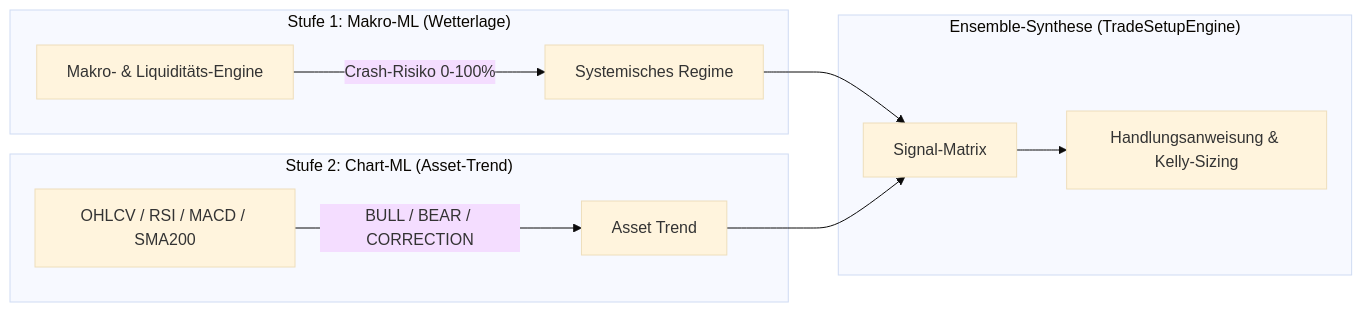
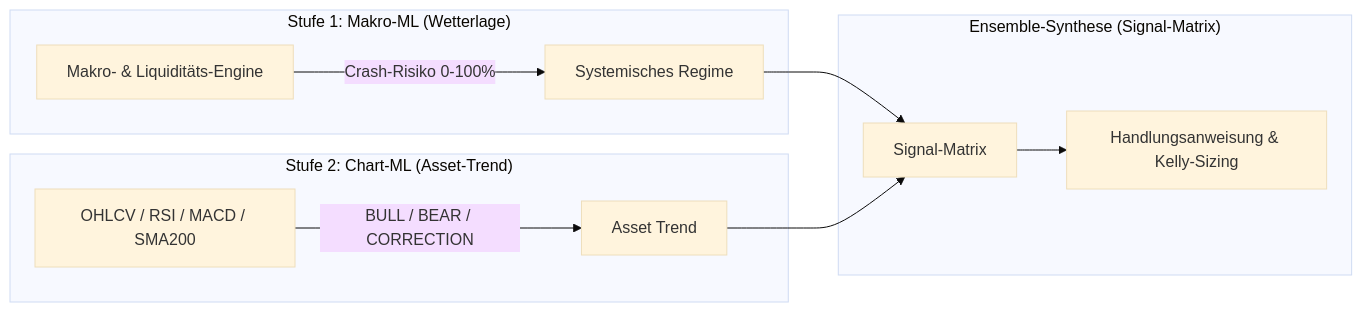
One commit to jahnhane1980/CrashRadar changed the second of 2 diagrams in docs/architecture/ml/Makro-ML.md. Above: the diagram before and after it, drawn with Mermaid (base theme). The commit also changed other lines of this file and 15 other files, not shown here.

Commit message:
refactor(engine): remove TradeSetupEngine and clean up pipeline, tests and docs

````diff
--- a/docs/architecture/ml/Makro-ML.md
+++ b/docs/architecture/ml/Makro-ML.md
@@ -110,16 +110,16 @@
 ```mermaid
 flowchart LR
     subgraph Stufe1 ["Stufe 1: Makro-ML (Wetterlage)"]
         Macro[Makro- & Liquiditäts-Engine] -->|Crash-Risiko 0-100%| MacroRisk[Systemisches Regime]
     end
 
     subgraph Stufe2 ["Stufe 2: Chart-ML (Asset-Trend)"]
         Price[OHLCV / RSI / MACD / SMA200] -->|BULL / BEAR / CORRECTION| ChartRegime[Asset Trend]
     end
 
-    subgraph Ensemble ["Ensemble-Synthese (TradeSetupEngine)"]
+    subgraph Ensemble ["Ensemble-Synthese (Signal-Matrix)"]
         MacroRisk --> Synth[Signal-Matrix]
         ChartRegime --> Synth
         Synth --> Action[Handlungsanweisung & Kelly-Sizing]
     end
 ```
````
